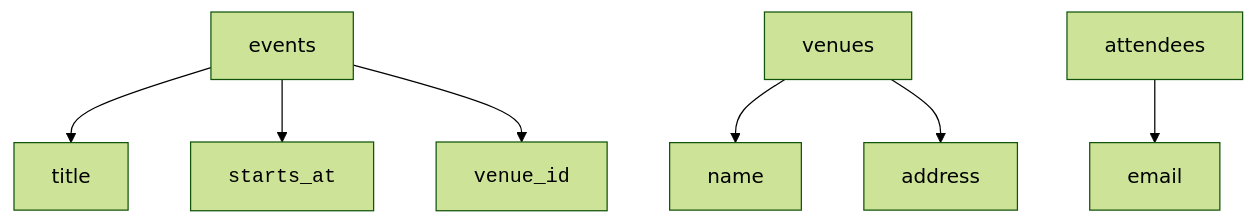
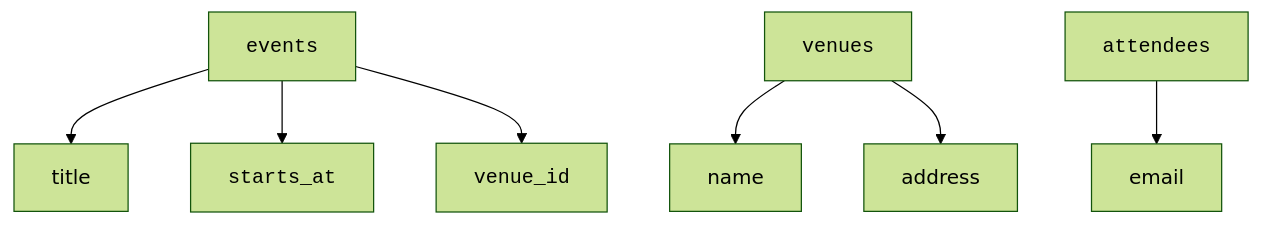
Before and after one commit to dataslope/dataslope: the fourth of 9 diagrams in content/learn/database-design-postgresql/the-design-process.mdx, drawn with Mermaid (forest theme). The commit also changed 46 other files, not shown here.

First line of the commit message:
Wrap code in mermaid edge labels + entity/table names in DB diagrams

````diff
--- a/content/learn/database-design-postgresql/the-design-process.mdx
+++ b/content/learn/database-design-postgresql/the-design-process.mdx
@@ -151,9 +151,9 @@
 ```mermaid
 flowchart TD
-    Event["events"] --> Title["title"]
+    Event["<code>events</code>"] --> Title["title"]
     Event --> Starts["<code>starts_at</code>"]
     Event --> VenueId["<code>venue_id</code>"]
-    Venue["venues"] --> VenueName["name"]
+    Venue["<code>venues</code>"] --> VenueName["name"]
     Venue --> Address["address"]
-    Attendee["attendees"] --> Email["email"]
+    Attendee["<code>attendees</code>"] --> Email["email"]
 ```
````
